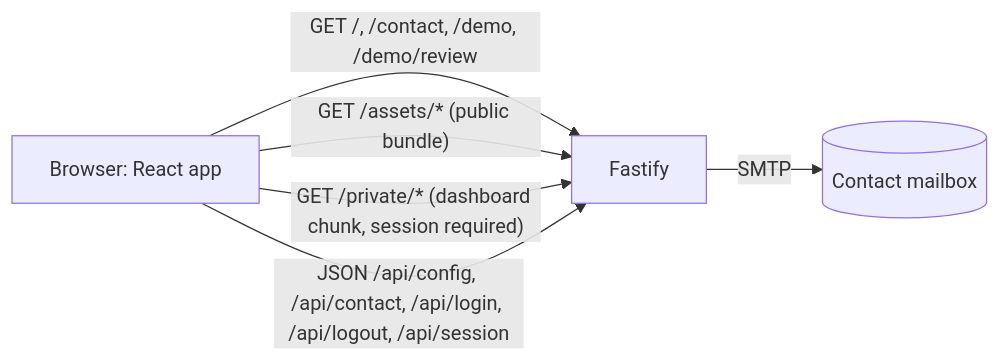
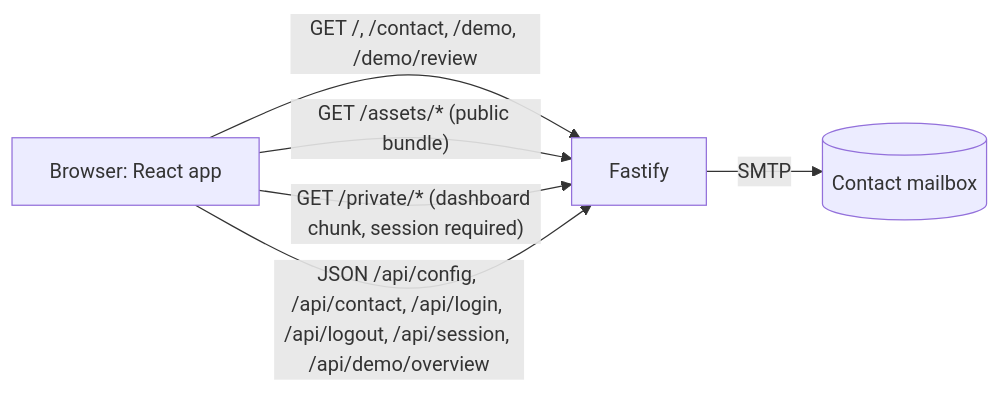
Before and after one commit to Frontier-Intelligence-Lab/website: the diagram in README.md, drawn with Mermaid. The commit also changed other lines of this file and 19 other files, not shown here.

````diff
--- a/README.md
+++ b/README.md
@@ -32,8 +32,8 @@
 ```mermaid
 flowchart LR
     B[Browser: React app] -- "GET /, /contact, /demo, /demo/review" --> F[Fastify]
     B -- "GET /assets/* (public bundle)" --> F
     B -- "GET /private/* (dashboard chunk, session required)" --> F
-    B -- "JSON /api/config, /api/contact, /api/login, /api/logout, /api/session" --> F
+    B -- "JSON /api/config, /api/contact, /api/login, /api/logout, /api/session, /api/demo/overview" --> F
     F -- SMTP --> M[(Contact mailbox)]
 ```
````
